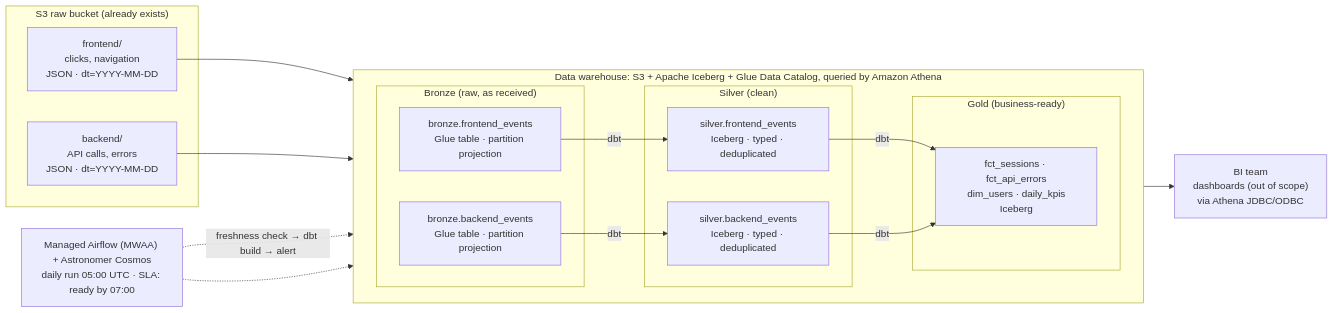
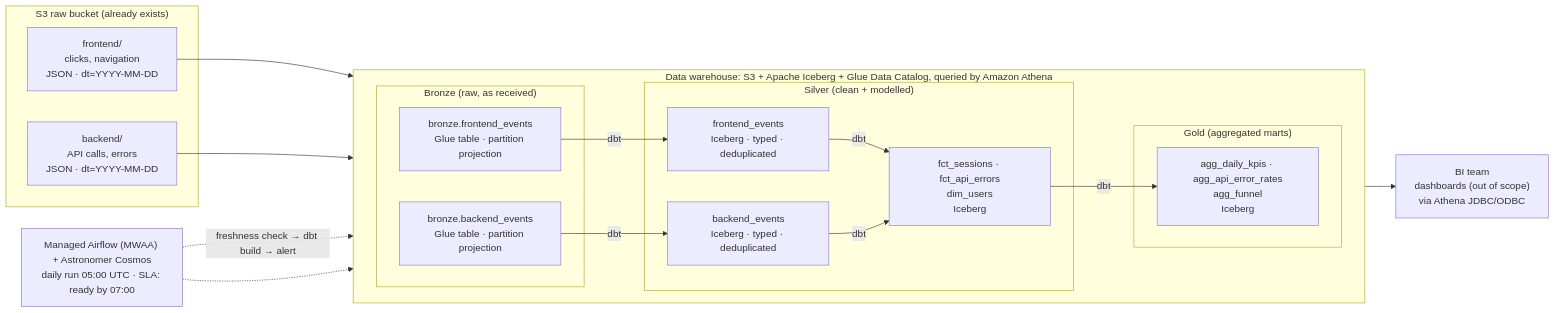
Before and after one commit to MoeinT/cloud-data-platform-case-study: the first of 2 diagrams in case-1-startup-data-stack/README.md, drawn with Mermaid. The commit also changed other lines of this file and 1 other file, not shown here.

Commit message:
updated diagram

````diff
--- a/case-1-startup-data-stack/README.md
+++ b/case-1-startup-data-stack/README.md
@@ -10,36 +10,38 @@
 ```mermaid
 flowchart LR
     subgraph S3RAW["S3 raw bucket (already exists)"]
         FE["frontend/<br/>clicks, navigation<br/>JSON · dt=YYYY-MM-DD"]
         BE["backend/<br/>API calls, errors<br/>JSON · dt=YYYY-MM-DD"]
     end
 
     subgraph WH["Data warehouse: S3 + Apache Iceberg + Glue Data Catalog, queried by Amazon Athena"]
         direction LR
         subgraph BRONZE["Bronze (raw, as received)"]
             BFE["bronze.frontend_events<br/>Glue table · partition projection"]
             BBE["bronze.backend_events<br/>Glue table · partition projection"]
         end
-        subgraph SILVER["Silver (clean)"]
-            SFE["silver.frontend_events<br/>Iceberg · typed · deduplicated"]
-            SBE["silver.backend_events<br/>Iceberg · typed · deduplicated"]
+        subgraph SILVER["Silver (clean + modelled)"]
+            SFE["frontend_events<br/>Iceberg · typed · deduplicated"]
+            SBE["backend_events<br/>Iceberg · typed · deduplicated"]
+            SF["fct_sessions · fct_api_errors<br/>dim_users<br/>Iceberg"]
         end
-        subgraph GOLD["Gold (business-ready)"]
-            G["fct_sessions · fct_api_errors<br/>dim_users · daily_kpis<br/>Iceberg"]
+        subgraph GOLD["Gold (aggregated marts)"]
+            G["agg_daily_kpis · agg_api_error_rates<br/>agg_funnel<br/>Iceberg"]
         end
     end
 
     BI["BI team<br/>dashboards (out of scope)<br/>via Athena JDBC/ODBC"]
 
     FE --> BFE
     BE --> BBE
     BFE -- dbt --> SFE
     BBE -- dbt --> SBE
-    SFE -- dbt --> G
-    SBE -- dbt --> G
+    SFE -- dbt --> SF
+    SBE -- dbt --> SF
+    SF -- dbt --> G
     G --> BI
 
     AF["Managed Airflow (MWAA) + Astronomer Cosmos<br/>daily run 05:00 UTC · SLA: ready by 07:00"]
     AF -. "freshness check → dbt build → alert" .-> SILVER
     AF -.-> GOLD
 ```
````
